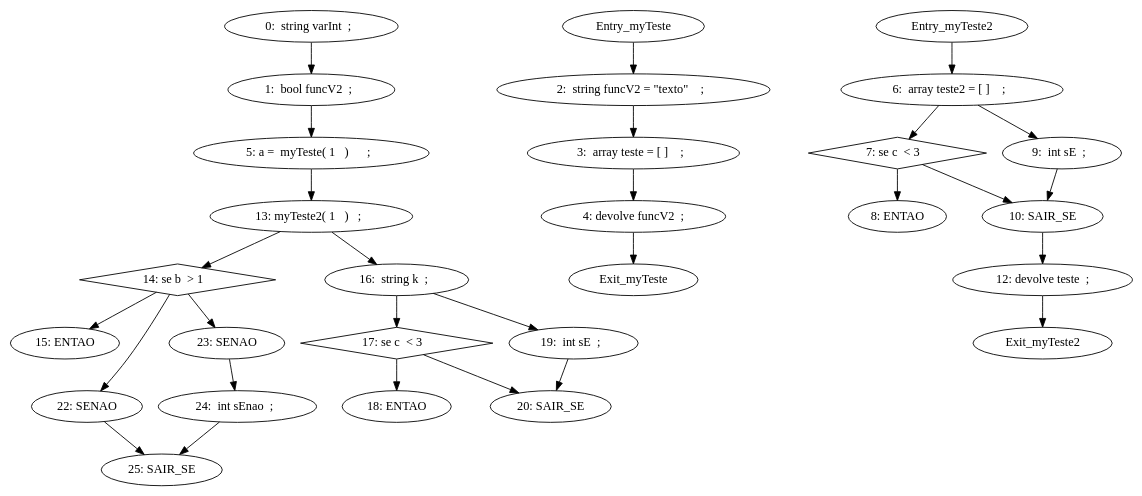
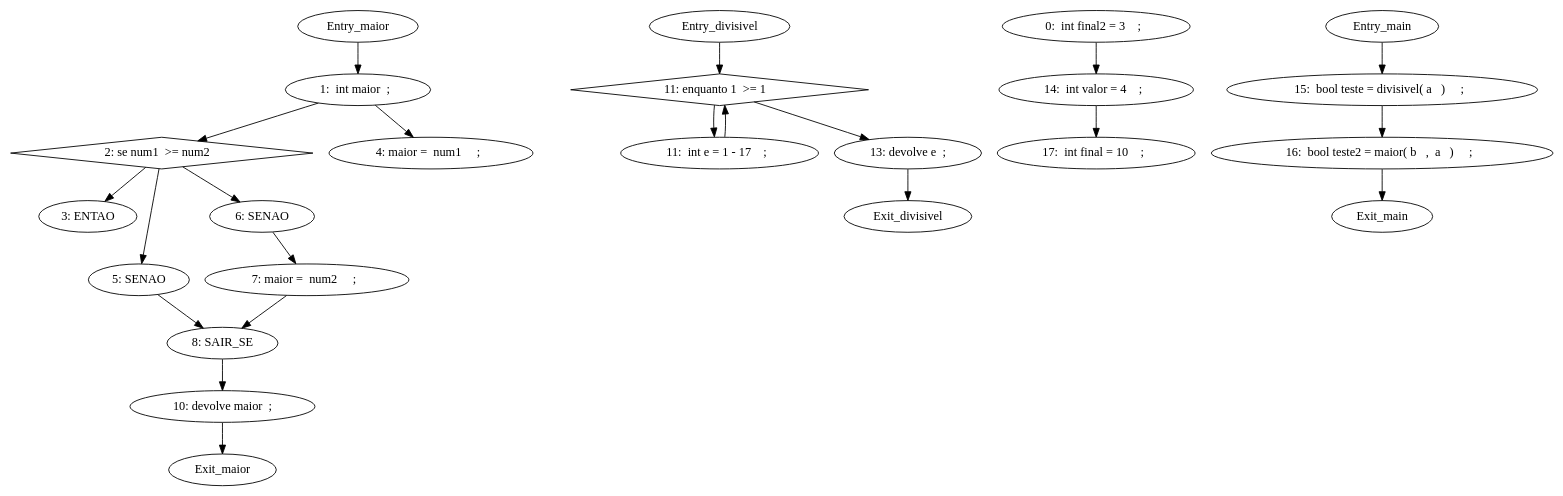
One commit to Yakari144/ImperativeLanguageAnalyser changed the diagram in cfg.dot. Above: the diagram before and after it, drawn with Graphviz. The commit also changed 7 other files, not shown here.

```diff
--- a/cfg.dot
+++ b/cfg.dot
@@ -1,33 +1,25 @@
 digraph G {
-"0:  string varInt  ;  " -> "1:  bool funcV2  ;  "
-"Entry_myTeste" -> "2:  string funcV2 = \"texto\"    ;  "
-"2:  string funcV2 = \"texto\"    ;  " -> "3:  array teste = [ ]    ;  "
-"3:  array teste = [ ]    ;  " -> "4: devolve funcV2  ; "
-"4: devolve funcV2  ; " -> "Exit_myTeste"
-"1:  bool funcV2  ;  " -> "5: a =  myTeste( 1   )      ;  "
-"Entry_myTeste2" -> "6:  array teste2 = [ ]    ;  "
-"6:  array teste2 = [ ]    ;  " -> "7: se c  < 3   "
-"7: se c  < 3   " -> "8: ENTAO"
-"7: se c  < 3   " [shape=diamond]
-"6:  array teste2 = [ ]    ;  " -> "9:  int sE  ;  "
-"9:  int sE  ;  " -> "10: SAIR_SE"
-"7: se c  < 3   " -> "10: SAIR_SE"
-"10: SAIR_SE" -> "12: devolve teste  ; "
-"12: devolve teste  ; " -> "Exit_myTeste2"
-"5: a =  myTeste( 1   )      ;  " -> "13: myTeste2( 1   )   ;  "
-"13: myTeste2( 1   )   ;  " -> "14: se b  > 1   "
-"14: se b  > 1   " -> "15: ENTAO"
-"14: se b  > 1   " [shape=diamond]
-"13: myTeste2( 1   )   ;  " -> "16:  string k  ;  "
-"16:  string k  ;  " -> "17: se c  < 3   "
-"17: se c  < 3   " -> "18: ENTAO"
-"17: se c  < 3   " [shape=diamond]
-"16:  string k  ;  " -> "19:  int sE  ;  "
-"19:  int sE  ;  " -> "20: SAIR_SE"
-"17: se c  < 3   " -> "20: SAIR_SE"
-"14: se b  > 1   " -> "22: SENAO"
-"14: se b  > 1   " -> "23: SENAO "
-"23: SENAO " -> "24:  int sEnao  ;  "
-"24:  int sEnao  ;  " -> "25: SAIR_SE"
-"22: SENAO" -> "25: SAIR_SE"
+"Entry_maior" -> "1:  int maior  ;  "
+"1:  int maior  ;  " -> "2: se num1  >= num2   "
+"2: se num1  >= num2   " -> "3: ENTAO"
+"2: se num1  >= num2   " [shape=diamond]
+"1:  int maior  ;  " -> "4: maior =  num1     ;  "
+"2: se num1  >= num2   " -> "5: SENAO"
+"2: se num1  >= num2   " -> "6: SENAO "
+"6: SENAO " -> "7: maior =  num2     ;  "
+"7: maior =  num2     ;  " -> "8: SAIR_SE"
+"5: SENAO" -> "8: SAIR_SE"
+"8: SAIR_SE" -> "10: devolve maior  ; "
+"10: devolve maior  ; " -> "Exit_maior"
+"Entry_divisivel" -> "11: enquanto 1  >= 1   "
+"11: enquanto 1  >= 1   " [shape=diamond]
+"11: enquanto 1  >= 1   " -> "11:  int e = 1 - 17    ;  "
+"11:  int e = 1 - 17    ;  " -> "11: enquanto 1  >= 1   "
+"11: enquanto 1  >= 1   " -> "13: devolve e  ; "
+"13: devolve e  ; " -> "Exit_divisivel"
+"0:  int final2 = 3    ;  " -> "14:  int valor = 4    ;  "
+"Entry_main" -> "15:  bool teste = divisivel( a   )     ;  "
+"15:  bool teste = divisivel( a   )     ;  " -> "16:  bool teste2 = maior( b   ,  a   )     ;  "
+"16:  bool teste2 = maior( b   ,  a   )     ;  " -> Exit_main
+"14:  int valor = 4    ;  " -> "17:  int final = 10    ;  "
 }
```
